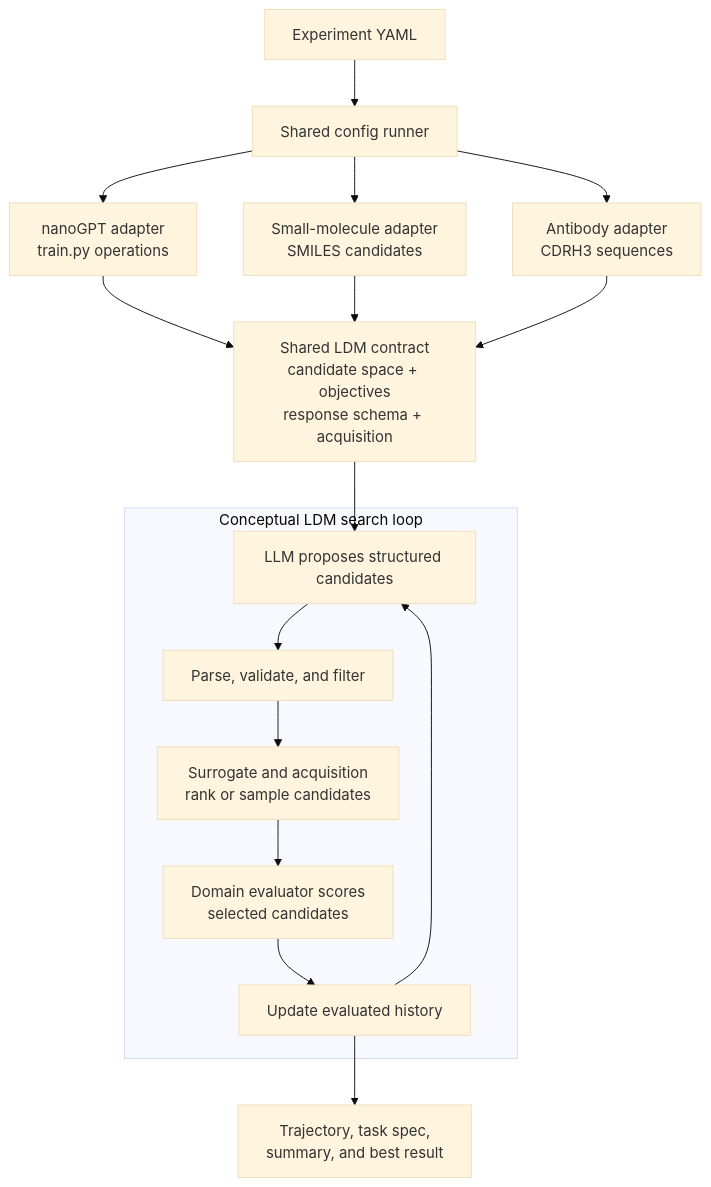
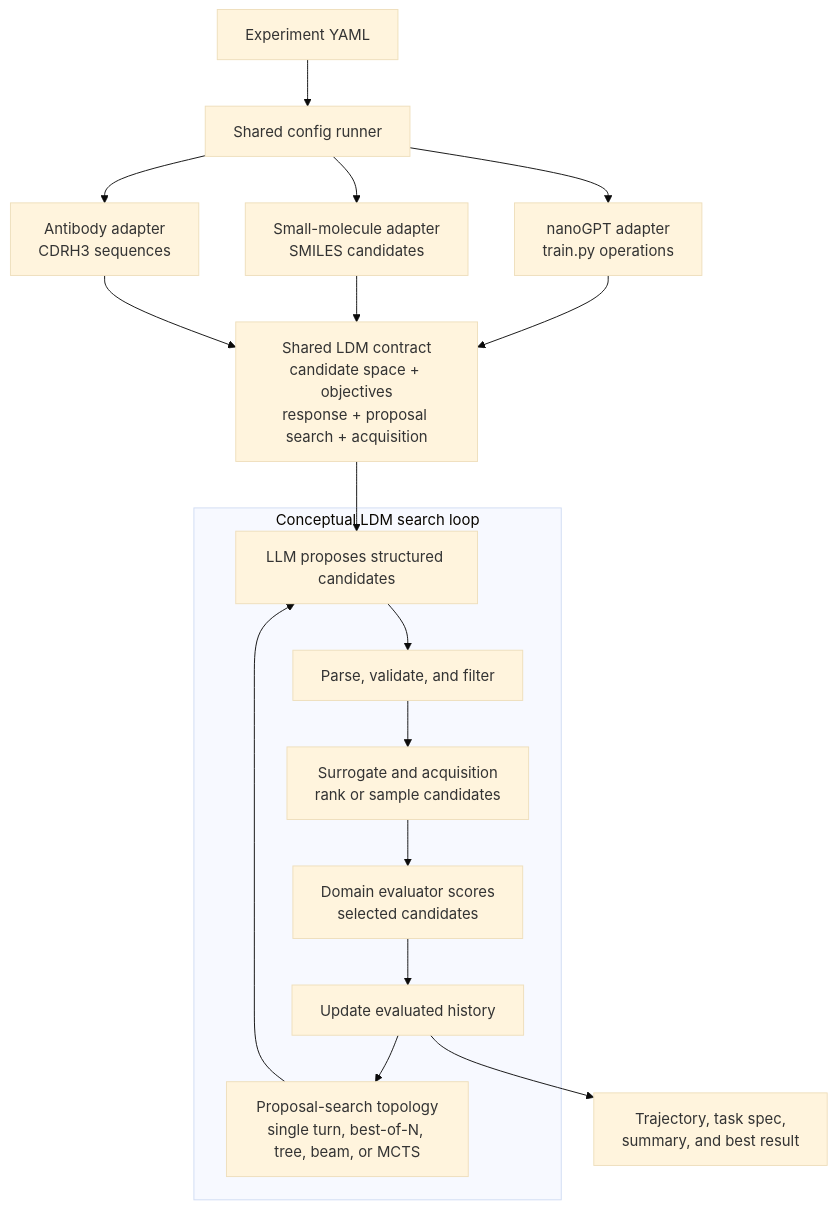
Before and after one commit to KangOxford/Large-Discovery-Models: the diagram in README.md, drawn with Mermaid (base theme). The commit also changed other lines of this file and 114 other files, not shown here.

````diff
--- a/README.md
+++ b/README.md
@@ -36,25 +36,26 @@
 ```mermaid
 flowchart TB
     C["Experiment YAML"] --> R["Shared config runner"]
 
     R --> N["nanoGPT adapter<br/>train.py operations"]
     R --> M["Small-molecule adapter<br/>SMILES candidates"]
     R --> B["Antibody adapter<br/>CDRH3 sequences"]
 
-    N --> S["Shared LDM contract<br/>candidate space + objectives<br/>response schema + acquisition"]
+    N --> S["Shared LDM contract<br/>candidate space + objectives<br/>response + proposal search + acquisition"]
     M --> S
     B --> S
 
     S --> P
 
     subgraph L["Conceptual LDM search loop"]
+        T["Proposal-search topology<br/>single turn, best-of-N, tree, beam, or MCTS"]
         P["LLM proposes structured candidates"]
         V["Parse, validate, and filter"]
         A["Surrogate and acquisition<br/>rank or sample candidates"]
         E["Domain evaluator scores<br/>selected candidates"]
         H["Update evaluated history"]
-        P --> V --> A --> E --> H --> P
+        T --> P --> V --> A --> E --> H --> T
     end
 
     H --> O["Trajectory, task spec,<br/>summary, and best result"]
 ```
````
